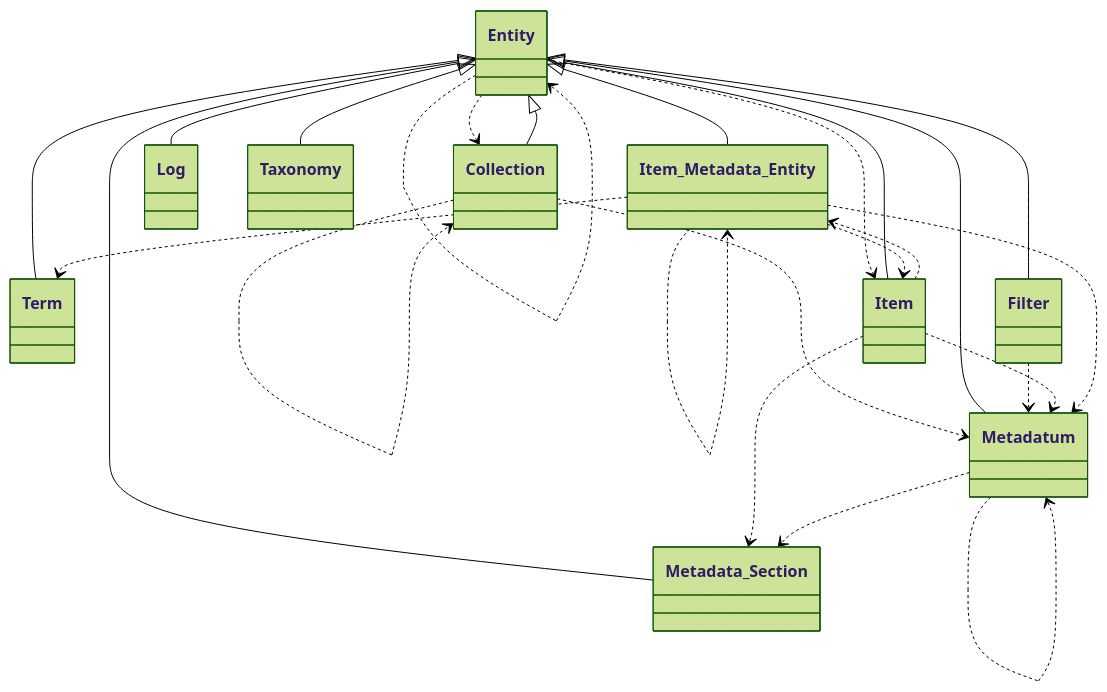
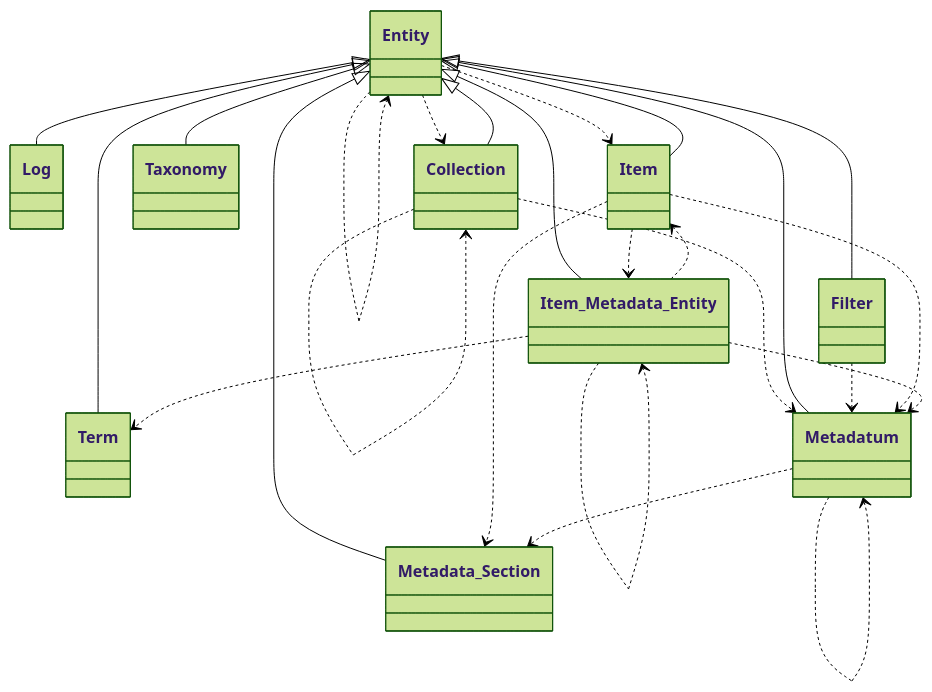
Before and after one commit to tainacan/tainacan: the fourth of 13 diagrams in docs/phpdoc/Home.md, drawn with Mermaid (forest theme). The commit also changed other lines of this file and 97 other files, not shown here.

````diff
--- a/docs/phpdoc/Home.md
+++ b/docs/phpdoc/Home.md
@@ -360,38 +360,38 @@
 ```mermaid
 classDiagram
     direction TB
+    class Log { }
+    class Item { }
+    class Metadata_Section { }
+    class Term { }
+    class Taxonomy { }
+    class Entity { }
+    class Collection { }
     class Item_Metadata_Entity { }
     class Metadatum { }
-    class Term { }
     class Filter { }
-    class Metadata_Section { }
-    class Item { }
-    class Collection { }
-    class Entity { }
-    class Log { }
-    class Taxonomy { }
     Collection ..> Collection
     Collection ..> Metadatum
     Entity ..> Collection
     Entity ..> Entity
     Entity ..> Item
     Entity <|-- Collection
     Entity <|-- Filter
     Entity <|-- Item
     Entity <|-- Item_Metadata_Entity
     Entity <|-- Log
     Entity <|-- Metadata_Section
     Entity <|-- Metadatum
     Entity <|-- Taxonomy
     Entity <|-- Term
     Filter ..> Metadatum
     Item ..> Item_Metadata_Entity
     Item ..> Metadata_Section
     Item ..> Metadatum
     Item_Metadata_Entity ..> Item
     Item_Metadata_Entity ..> Item_Metadata_Entity
     Item_Metadata_Entity ..> Metadatum
     Item_Metadata_Entity ..> Term
     Metadatum ..> Metadata_Section
     Metadatum ..> Metadatum
 ```
````
